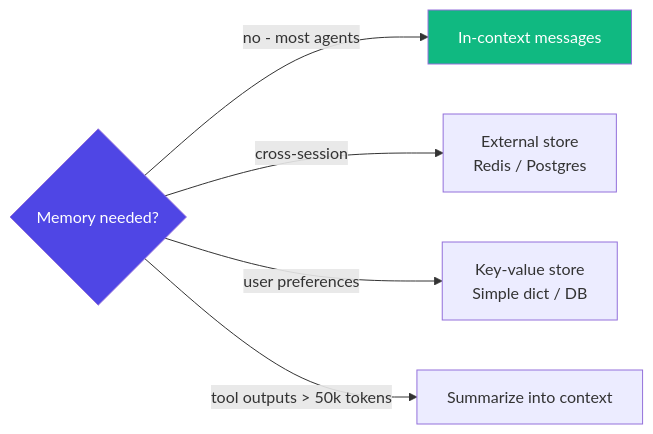
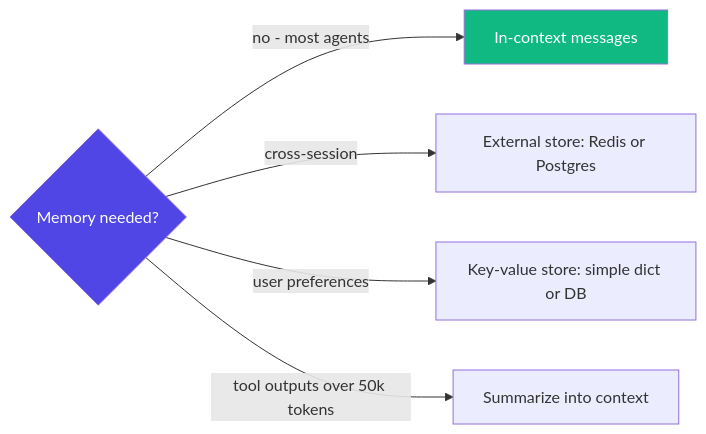
Before and after one commit to thepandanlabs/applied-ai-from-scratch: the seventh of 8 diagrams in slides/phase-04-agents.md, drawn with Mermaid. The commit also changed other lines of this file and 1 other file, not shown here.

First line of the commit message:
fix(slides): mermaid syntax errors and table bottom border

```diff
--- a/slides/phase-04-agents.md
+++ b/slides/phase-04-agents.md
@@ -312,10 +302,9 @@
 <div class="mermaid">
 flowchart LR
     A{Memory needed?} -->|no - most agents| B[In-context messages]
-    A -->|cross-session| C[External store\nRedis / Postgres]
-    A -->|user preferences| D[Key-value store\nSimple dict / DB]
-    A -->|tool outputs > 50k tokens| E[Summarize into context]
-
+    A -->|cross-session| C[External store: Redis or Postgres]
+    A -->|user preferences| D[Key-value store: simple dict or DB]
+    A -->|tool outputs over 50k tokens| E[Summarize into context]
     style A fill:#4f46e5,color:#fff
     style B fill:#10b981,color:#fff
 </div>
```
